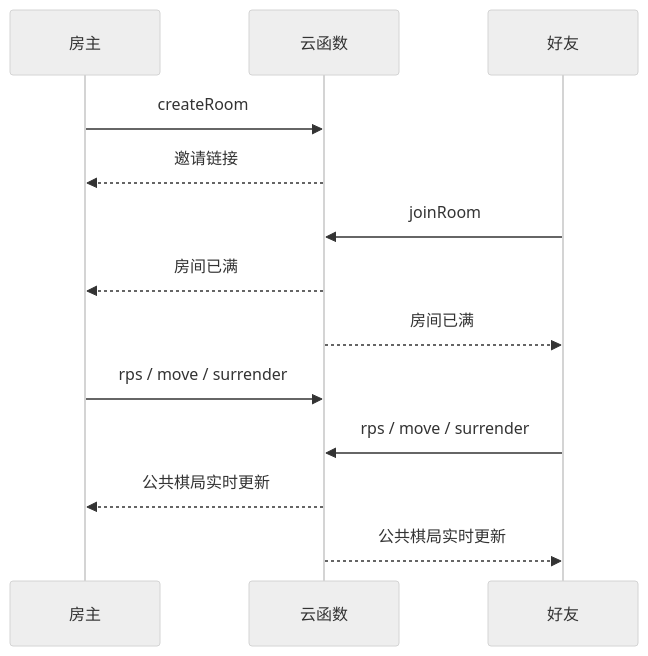
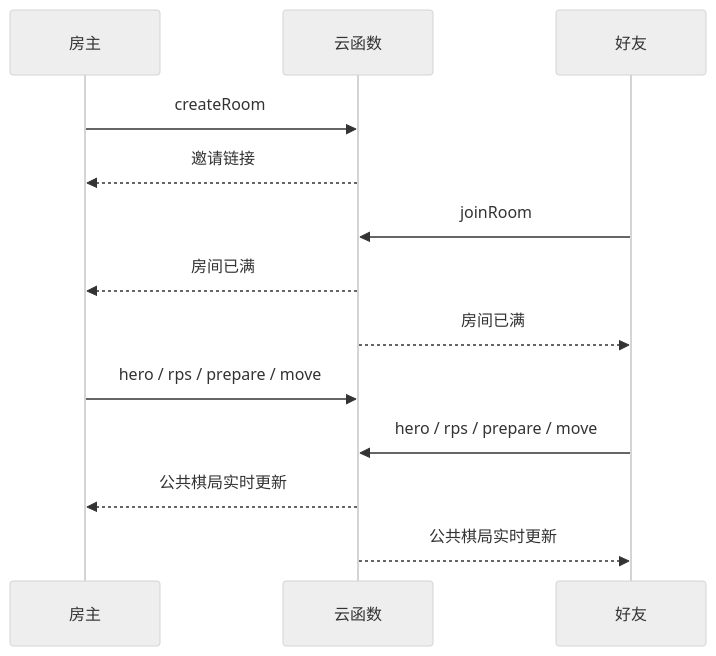
The diagram in ONLINE-ARCHITECTURE.md (aaaycc931-droid/jieqi-engine), drawn with Mermaid (neutral theme) before and after one commit. The commit also changed other lines of this file and 10 other files, not shown here.

````diff
--- a/ONLINE-ARCHITECTURE.md
+++ b/ONLINE-ARCHITECTURE.md
@@ -29,15 +31,15 @@
 ```mermaid
 sequenceDiagram
   participant A as 房主
   participant F as 云函数
   participant B as 好友
   A->>F: createRoom
   F-->>A: 邀请链接
   B->>F: joinRoom
   F-->>A: 房间已满
   F-->>B: 房间已满
-  A->>F: rps / move / surrender
-  B->>F: rps / move / surrender
+  A->>F: hero / rps / prepare / move
+  B->>F: hero / rps / prepare / move
   F-->>A: 公共棋局实时更新
   F-->>B: 公共棋局实时更新
 ```
````
